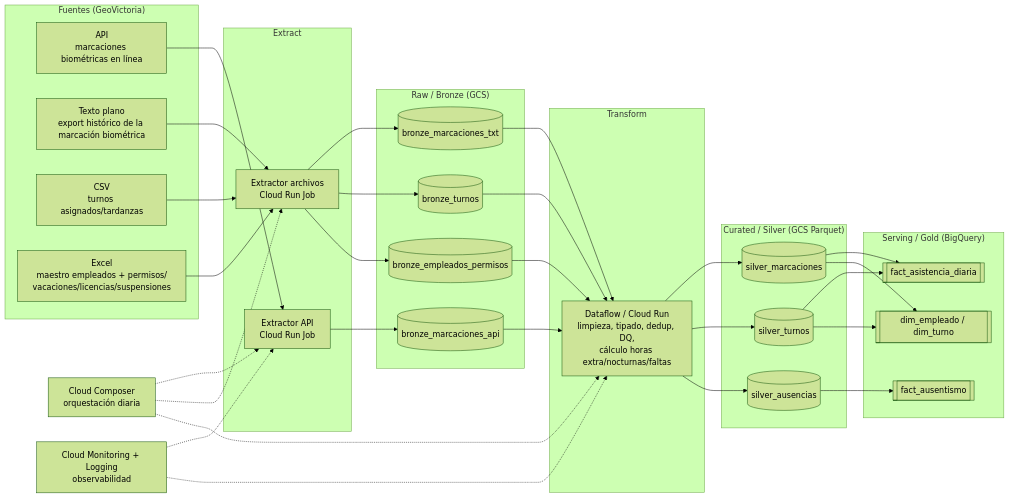
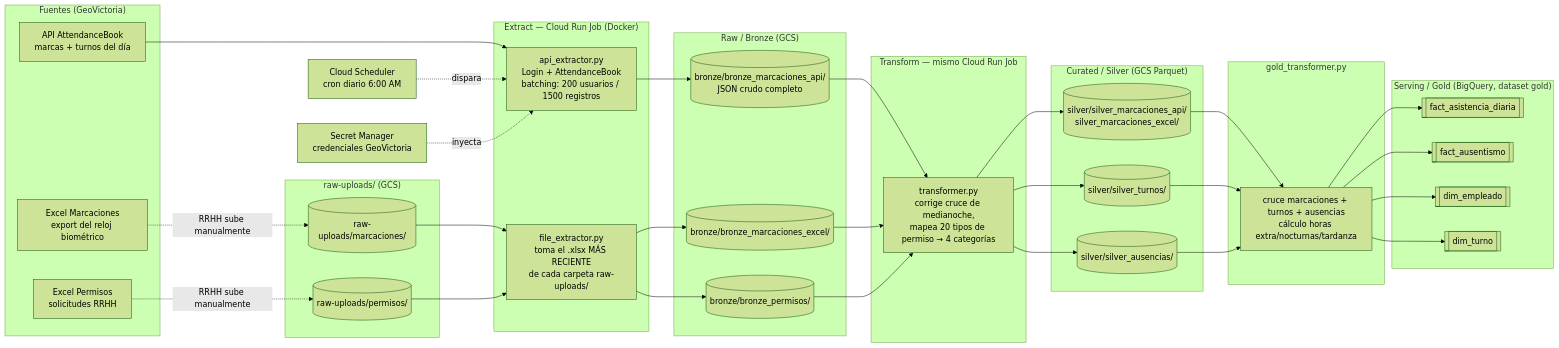
The diagram in architecture/diagrams/pipeline.mmd (lucerovalladaresechenique/Data-Engineering-Proyecto-Final), drawn with Mermaid (forest theme) before and after one commit. The commit also changed 1 other file, not shown here.

```diff
--- a/architecture/diagrams/pipeline.mmd
+++ b/architecture/diagrams/pipeline.mmd
@@ -1,61 +1,66 @@
 flowchart LR
     subgraph Sources["Fuentes (GeoVictoria)"]
-        A1[API<br/>marcaciones biométricas en línea]
-        A2[Texto plano<br/>export histórico de la marcación biométrica]
-        A3[CSV<br/>turnos asignados/tardanzas]
-        A4[Excel<br/>maestro empleados + permisos/<br/>vacaciones/licencias/suspensiones]
+        A1[API AttendanceBook<br/>marcas + turnos del día]
+        A2[Excel Marcaciones<br/>export del reloj biométrico]
+        A3[Excel Permisos<br/>solicitudes RRHH]
     end
 
-    subgraph Extract["Extract"]
-        B1[Extractor API<br/>Cloud Run Job]
-        B2[Extractor archivos<br/>Cloud Run Job]
+    subgraph RawUploads["raw-uploads/ (GCS)"]
+        U1[(raw-uploads/marcaciones/)]
+        U2[(raw-uploads/permisos/)]
+    end
+
+    subgraph Extract["Extract — Cloud Run Job (Docker)"]
+        B1[api_extractor.py<br/>Login + AttendanceBook<br/>batching: 200 usuarios / 1500 registros]
+        B2[file_extractor.py<br/>toma el .xlsx MÁS RECIENTE<br/>de cada carpeta raw-uploads/]
     end
 
     subgraph Bronze["Raw / Bronze (GCS)"]
-        C1[(bronze_marcaciones_api)]
-        C2[(bronze_marcaciones_txt)]
-        C3[(bronze_turnos)]
-        C4[(bronze_empleados_permisos)]
+        C1[(bronze/bronze_marcaciones_api/<br/>JSON crudo completo)]
+        C2[(bronze/bronze_marcaciones_excel/)]
+        C3[(bronze/bronze_permisos/)]
     end
 
-    subgraph Transform["Transform"]
-        D1[Dataflow / Cloud Run<br/>limpieza, tipado, dedup, DQ,<br/>cálculo horas extra/nocturnas/faltas]
+    subgraph Transform["Transform — mismo Cloud Run Job"]
+        D1[transformer.py<br/>corrige cruce de medianoche,<br/>mapea 20 tipos de permiso → 4 categorías]
     end
 
     subgraph Silver["Curated / Silver (GCS Parquet)"]
-        E1[(silver_marcaciones)]
-        E2[(silver_turnos)]
-        E3[(silver_ausencias)]
+        E1[(silver/silver_marcaciones_api/<br/>silver_marcaciones_excel/)]
+        E2[(silver/silver_turnos/)]
+        E3[(silver/silver_ausencias/)]
     end
 
-    subgraph Gold["Serving / Gold (BigQuery)"]
+    subgraph GoldT["gold_transformer.py"]
+        G0[cruce marcaciones + turnos + ausencias<br/>cálculo horas extra/nocturnas/tardanza]
+    end
+
+    subgraph Gold["Serving / Gold (BigQuery, dataset gold)"]
         F1[[fact_asistencia_diaria]]
         F2[[fact_ausentismo]]
-        F3[[dim_empleado / dim_turno]]
+        F3[[dim_empleado]]
+        F4[[dim_turno]]
     end
 
     A1 --> B1 --> C1
-    A2 --> B2 --> C2
-    A3 --> B2 --> C3
-    A4 --> B2 --> C4
+    A2 -.RRHH sube manualmente.-> U1 --> B2 --> C2
+    A3 -.RRHH sube manualmente.-> U2 --> B2 --> C3
 
     C1 --> D1
     C2 --> D1
     C3 --> D1
-    C4 --> D1
 
     D1 --> E1
     D1 --> E2
     D1 --> E3
 
-    E1 --> F1
-    E2 --> F1
-    E3 --> F2
-    E1 --> F3
-    E2 --> F3
+    E1 --> G0
+    E2 --> G0
+    E3 --> G0
+    G0 --> F1
+    G0 --> F2
+    G0 --> F3
+    G0 --> F4
 
-    G[Cloud Composer<br/>orquestación diaria] -.-> B1
-    G -.-> B2
-    G -.-> D1
-    H[Cloud Monitoring + Logging<br/>observabilidad] -.-> B1
-    H -.-> D1
+    SCH[Cloud Scheduler<br/>cron diario 6:00 AM] -.dispara.-> B1
+    SEC[Secret Manager<br/>credenciales GeoVictoria] -.inyecta.-> B1
```
